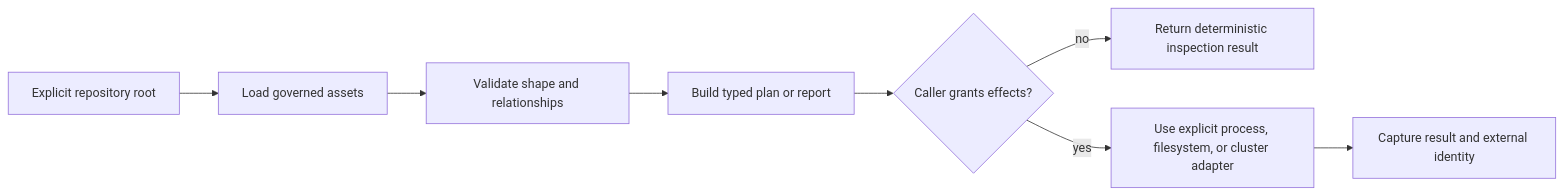
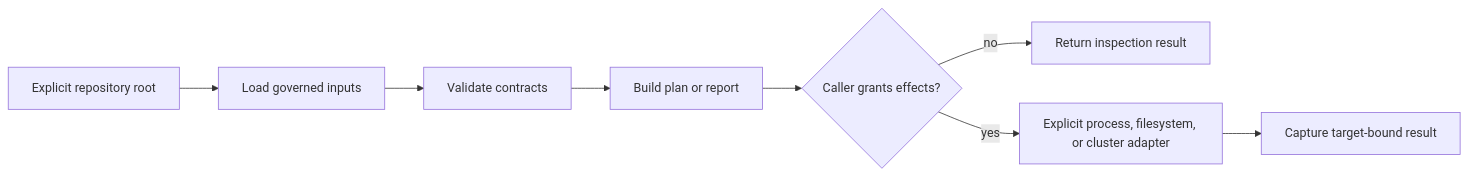
One commit to bijux/bijux-atlas changed the second of 2 diagrams in crates/bijux-atlas-ops/README.md. Above: the diagram before and after it, drawn with Mermaid. The commit also changed other lines of this file and 1 other file, not shown here.

````diff
--- a/crates/bijux-atlas-ops/README.md
+++ b/crates/bijux-atlas-ops/README.md
@@ -124,10 +93,10 @@
 ```mermaid
 flowchart LR
-    Root[Explicit repository root] --> Load[Load governed assets]
-    Load --> Validate[Validate shape and relationships]
-    Validate --> Plan[Build typed plan or report]
-    Plan --> Authorize{Caller grants effects?}
-    Authorize -->|no| Inspect[Return deterministic inspection result]
-    Authorize -->|yes| Execute[Use explicit process, filesystem, or cluster adapter]
-    Execute --> Observe[Capture result and external identity]
+    Root[Explicit repository root] --> Load[Load governed inputs]
+    Load --> Validate[Validate contracts]
+    Validate --> Plan[Build plan or report]
+    Plan --> Grant{Caller grants effects?}
+    Grant -->|no| Inspect[Return inspection result]
+    Grant -->|yes| Execute[Explicit process, filesystem, or cluster adapter]
+    Execute --> Observe[Capture target-bound result]
 ```
````
